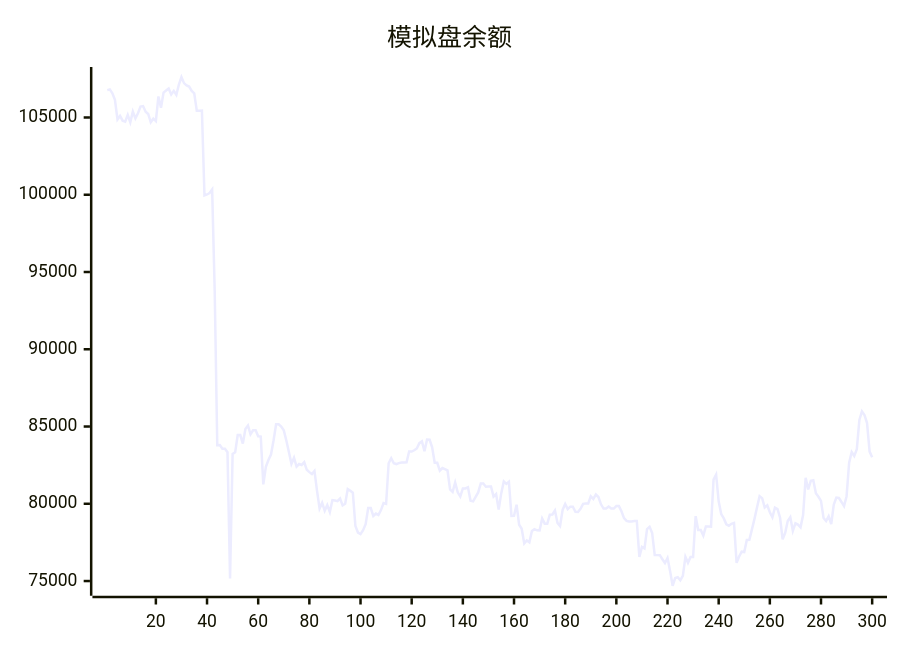
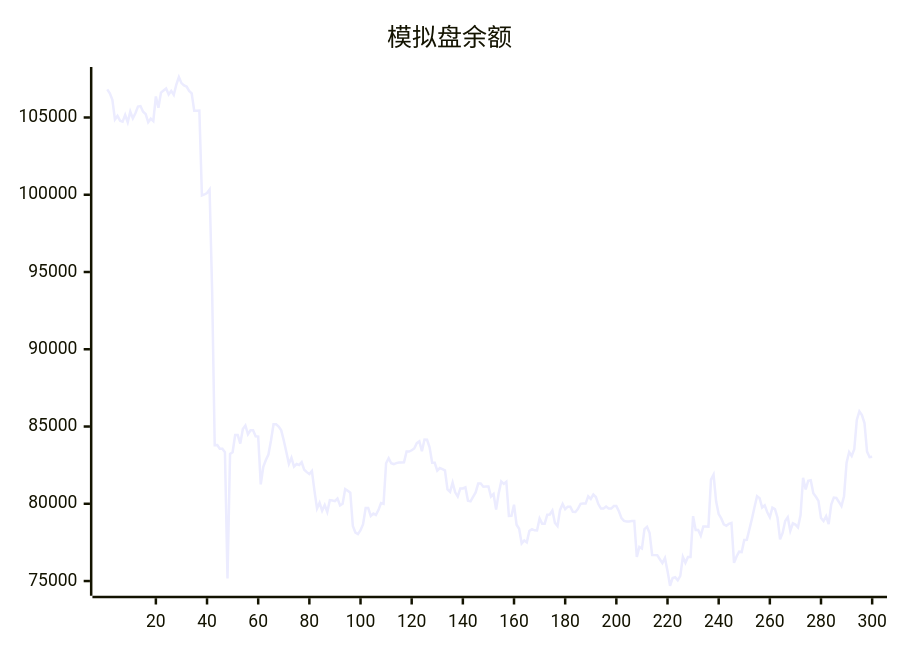
The diagram in README.md (aahl/ai-trading), drawn with Mermaid before and after one commit. The commit also changed other lines of this file and 1 other file, not shown here.

````diff
--- a/README.md
+++ b/README.md
@@ -5,5 +5,5 @@
 ```mermaid
 xychart
     title "模拟盘余额"
-    line [106771,106816,106565,106141,104876,105103,104796,104734,105169,104690,105380,104941,105272,105709,105739,105374,105227,104691,104924,104762,106364,105628,106608,106748,106872,106485,106721,106468,107132,107620,107224,107080,107001,106717,106567,105431,105431,105440,99950,100017,100113,100337,93749,83795,83807,83567,83567,83342,75168,83222,83336,84448,84449,83896,84839,85065,84499,84757,84757,84364,84347,81254,82385,82835,83184,84099,85150,85150,85002,84751,84096,83356,82582,82983,82404,82572,82512,82688,82200,82047,81920,82125,80840,79688,80060,79552,79920,79470,80236,80208,80170,80336,79894,80006,80954,80837,80712,78561,78139,78037,78293,78682,79720,79720,79214,79372,79279,79591,80046,79993,82625,82950,82626,82571,82633,82670,82670,82681,83386,83378,83464,83579,83920,84037,83402,84160,84142,83652,82655,82655,82145,82315,82243,82163,80934,80770,81371,80742,80468,80989,80989,81067,80191,80155,80450,80737,81309,81309,81106,81119,81119,80471,80631,79624,80670,81448,81290,81429,79212,79222,79940,78643,78380,77432,77623,77504,78235,78358,78284,78277,79048,78714,78714,79290,79308,79567,78763,78563,79603,79988,79652,79813,79813,79476,79469,79673,79995,80015,80015,80486,80314,80600,80436,79966,79689,79689,79819,79692,79692,79850,79850,79518,79071,78889,78850,78850,78878,78878,76554,77202,77103,78357,78510,78106,76678,76677,76672,76411,76159,76485,75656,74695,75197,75246,75052,75334,76564,76179,76553,76551,79196,78300,78300,77944,78531,78531,78521,81564,81884,80160,79335,79055,78675,78580,78708,78764,76179,76586,76902,76876,77658,77669,78346,79023,79769,80497,80366,79761,79896,79448,79126,79749,79658,79097,77695,78114,78888,79126,78249,78738,78653,78478,79271,81680,80923,81488,81527,80681,80455,80190,79084,78879,79193,78686,79954,80403,80374,80118,79848,80491,82665,83351,83098,83525,85430,85983,85737,85221,83378,83014]
+    line [106816,106565,106141,104876,105103,104796,104734,105169,104690,105380,104941,105272,105709,105739,105374,105227,104691,104924,104762,106364,105628,106608,106748,106872,106485,106721,106468,107132,107620,107224,107080,107001,106717,106567,105431,105431,105440,99950,100017,100113,100337,93749,83795,83807,83567,83567,83342,75168,83222,83336,84448,84449,83896,84839,85065,84499,84757,84757,84364,84347,81254,82385,82835,83184,84099,85150,85150,85002,84751,84096,83356,82582,82983,82404,82572,82512,82688,82200,82047,81920,82125,80840,79688,80060,79552,79920,79470,80236,80208,80170,80336,79894,80006,80954,80837,80712,78561,78139,78037,78293,78682,79720,79720,79214,79372,79279,79591,80046,79993,82625,82950,82626,82571,82633,82670,82670,82681,83386,83378,83464,83579,83920,84037,83402,84160,84142,83652,82655,82655,82145,82315,82243,82163,80934,80770,81371,80742,80468,80989,80989,81067,80191,80155,80450,80737,81309,81309,81106,81119,81119,80471,80631,79624,80670,81448,81290,81429,79212,79222,79940,78643,78380,77432,77623,77504,78235,78358,78284,78277,79048,78714,78714,79290,79308,79567,78763,78563,79603,79988,79652,79813,79813,79476,79469,79673,79995,80015,80015,80486,80314,80600,80436,79966,79689,79689,79819,79692,79692,79850,79850,79518,79071,78889,78850,78850,78878,78878,76554,77202,77103,78357,78510,78106,76678,76677,76672,76411,76159,76485,75656,74695,75197,75246,75052,75334,76564,76179,76553,76551,79196,78300,78300,77944,78531,78531,78521,81564,81884,80160,79335,79055,78675,78580,78708,78764,76179,76586,76902,76876,77658,77669,78346,79023,79769,80497,80366,79761,79896,79448,79126,79749,79658,79097,77695,78114,78888,79126,78249,78738,78653,78478,79271,81680,80923,81488,81527,80681,80455,80190,79084,78879,79193,78686,79954,80403,80374,80118,79848,80491,82665,83351,83098,83525,85430,85983,85737,85221,83378,83014,83043]
 ```
````
